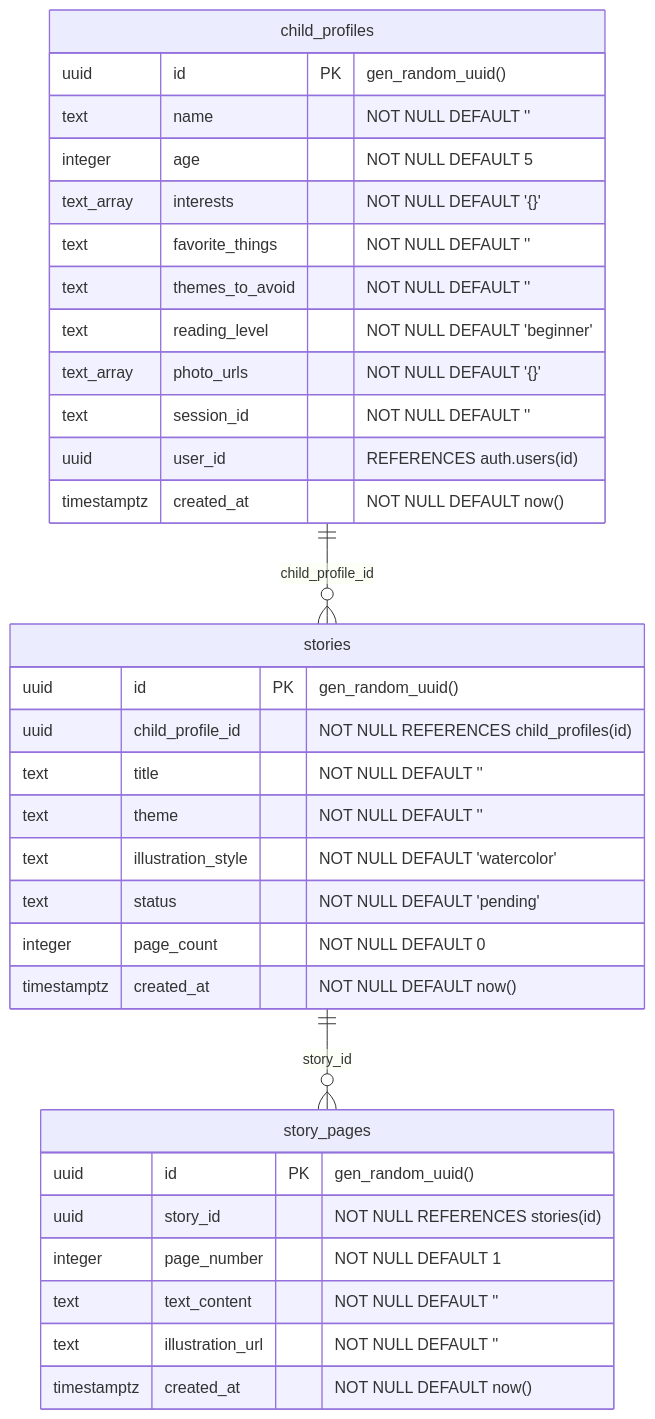
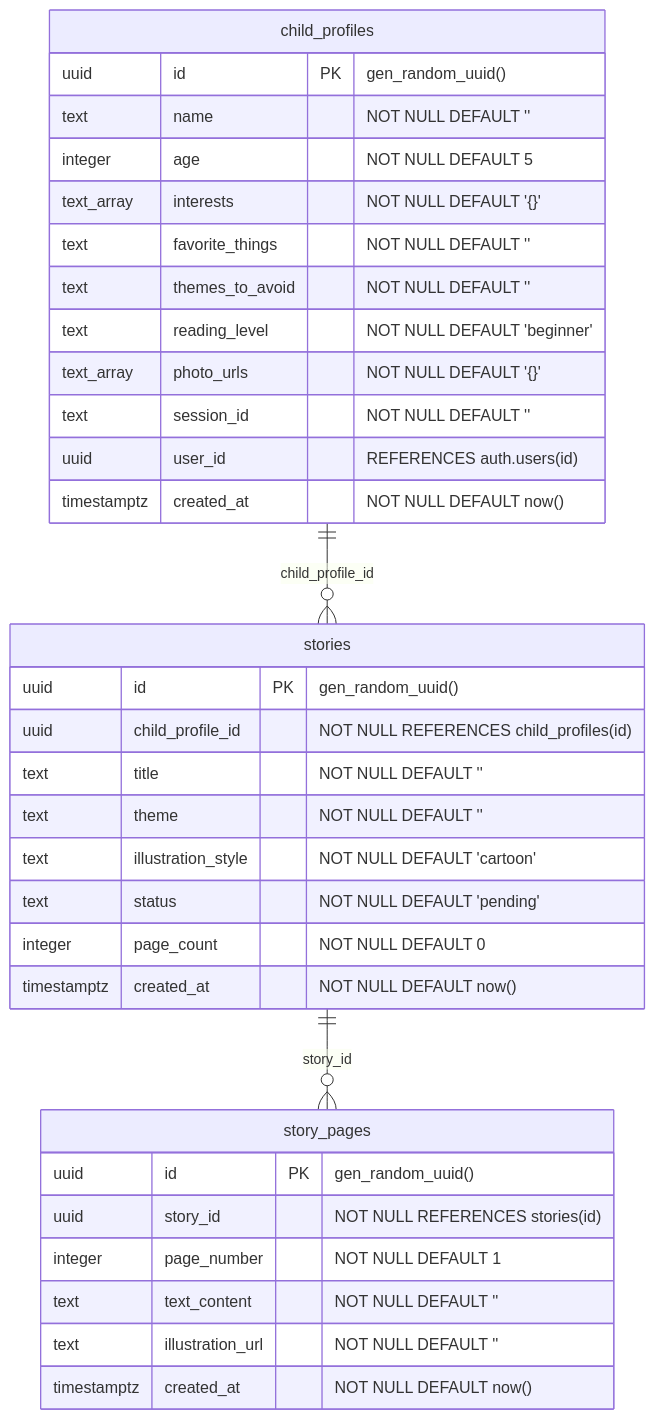
One commit to shilpashams/aistorygenerator changed the diagram in docs/DATABASE_SCHEMA.md. Above: the diagram before and after it, drawn with Mermaid. The commit also changed other lines of this file and 10 other files, not shown here.

````diff
--- a/docs/DATABASE_SCHEMA.md
+++ b/docs/DATABASE_SCHEMA.md
@@ -19,39 +19,39 @@
 ```mermaid
 erDiagram
     child_profiles {
         uuid id PK "gen_random_uuid()"
         text name "NOT NULL DEFAULT ''"
         integer age "NOT NULL DEFAULT 5"
         text_array interests "NOT NULL DEFAULT '{}'"
         text favorite_things "NOT NULL DEFAULT ''"
         text themes_to_avoid "NOT NULL DEFAULT ''"
         text reading_level "NOT NULL DEFAULT 'beginner'"
         text_array photo_urls "NOT NULL DEFAULT '{}'"
         text session_id "NOT NULL DEFAULT ''"
         uuid user_id "REFERENCES auth.users(id)"
         timestamptz created_at "NOT NULL DEFAULT now()"
     }
 
     stories {
         uuid id PK "gen_random_uuid()"
         uuid child_profile_id "NOT NULL REFERENCES child_profiles(id)"
         text title "NOT NULL DEFAULT ''"
         text theme "NOT NULL DEFAULT ''"
-        text illustration_style "NOT NULL DEFAULT 'watercolor'"
+        text illustration_style "NOT NULL DEFAULT 'cartoon'"
         text status "NOT NULL DEFAULT 'pending'"
         integer page_count "NOT NULL DEFAULT 0"
         timestamptz created_at "NOT NULL DEFAULT now()"
     }
 
     story_pages {
         uuid id PK "gen_random_uuid()"
         uuid story_id "NOT NULL REFERENCES stories(id)"
         integer page_number "NOT NULL DEFAULT 1"
         text text_content "NOT NULL DEFAULT ''"
         text illustration_url "NOT NULL DEFAULT ''"
         timestamptz created_at "NOT NULL DEFAULT now()"
     }
 
     child_profiles ||--o{ stories : "child_profile_id"
     stories ||--o{ story_pages : "story_id"
 ```
````
